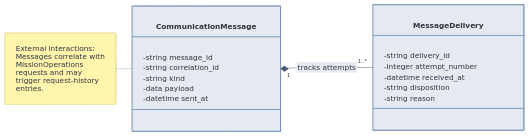
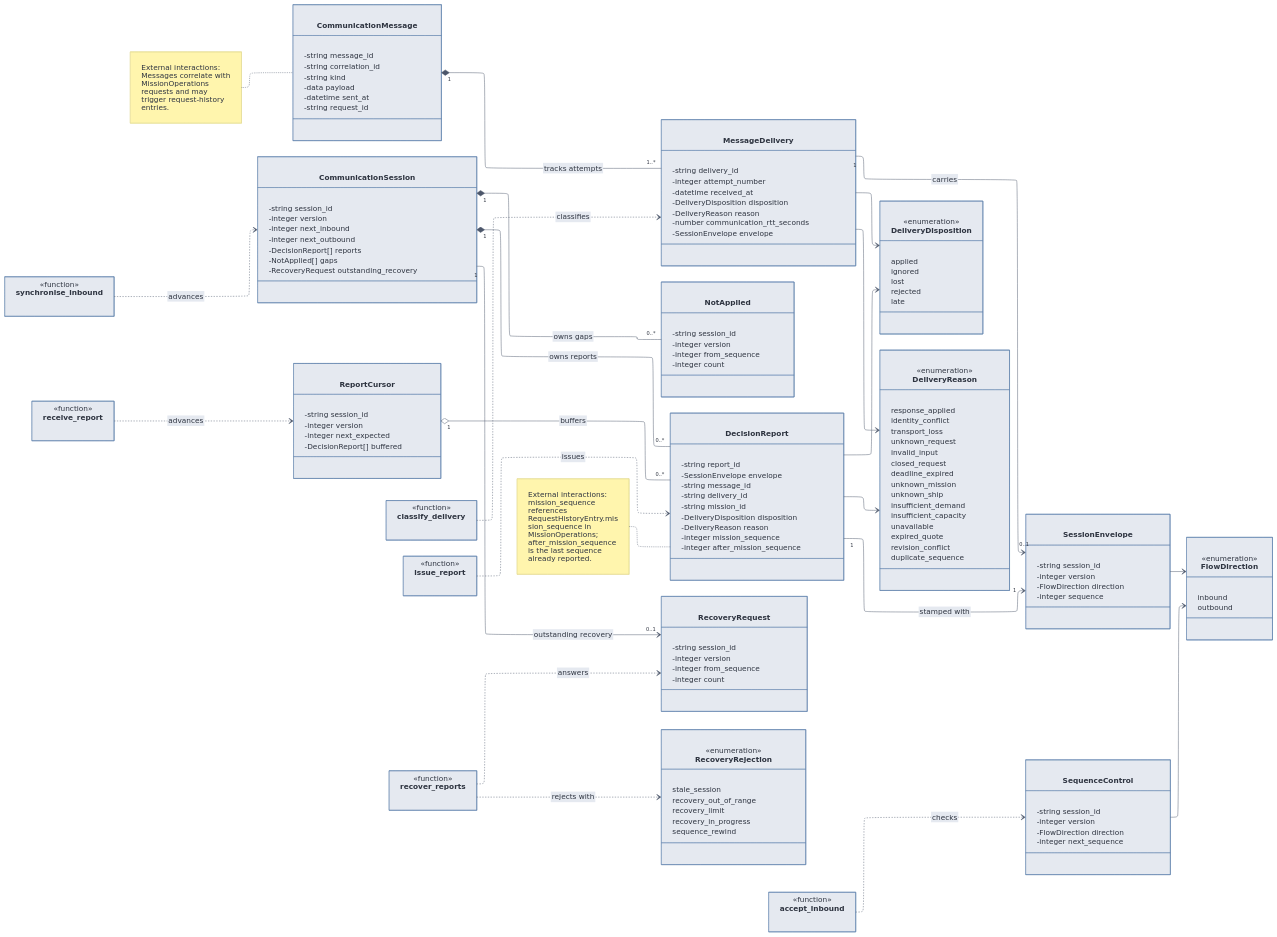
The diagram in docs/architecture/diagrams/rescue-domain-model/namespaces/Communication/class-diagram.mmd (mariaxmxavier/space-rescue-system), drawn with Mermaid before and after one commit. The commit also changed 104 other files, not shown here.

```diff
--- a/docs/architecture/diagrams/rescue-domain-model/namespaces/Communication/class-diagram.mmd
+++ b/docs/architecture/diagrams/rescue-domain-model/namespaces/Communication/class-diagram.mmd
@@ -1,46 +1,176 @@
 ---
 config:
   layout: elk
   theme: base
   htmlLabels: false
   fontFamily: Arial
   themeVariables:
     primaryColor: '#e5e9f0'
     primaryTextColor: '#2e3440'
     primaryBorderColor: '#5e81ac'
     lineColor: '#4c566a'
     tertiaryColor: '#eceff4'
     fontFamily: 'Arial, sans-serif'
   elk:
     mergeEdges: false
     nodePlacementStrategy: LINEAR_SEGMENTS
   class:
     nodeSpacing: 90
     rankSpacing: 100
     padding: 24
     diagramPadding: 40
     hideEmptyMembersBox: true
   er:
     nodeSpacing: 90
     rankSpacing: 100
     diagramPadding: 30
 ---
 classDiagram
     direction LR
     %% Authoritative scoped view of Communication; see the diagram index for boundary relationships.
     class CommunicationMessage {
         -string message_id
         -string correlation_id
         -string kind
         -data payload
         -datetime sent_at
+        -string request_id
     }
     class MessageDelivery {
         -string delivery_id
         -integer attempt_number
         -datetime received_at
-        -string disposition
-        -string reason
+        -DeliveryDisposition disposition
+        -DeliveryReason reason
+        -number communication_rtt_seconds
+        -SessionEnvelope envelope
+    }
+    class SessionEnvelope {
+        -string session_id
+        -integer version
+        -FlowDirection direction
+        -integer sequence
+    }
+    class CommunicationSession {
+        -string session_id
+        -integer version
+        -integer next_inbound
+        -integer next_outbound
+        -DecisionReport[] reports
+        -NotApplied[] gaps
+        -RecoveryRequest outstanding_recovery
+    }
+    class NotApplied {
+        -string session_id
+        -integer version
+        -integer from_sequence
+        -integer count
+    }
+    class DecisionReport {
+        -string report_id
+        -SessionEnvelope envelope
+        -string message_id
+        -string delivery_id
+        -string mission_id
+        -DeliveryDisposition disposition
+        -DeliveryReason reason
+        -integer mission_sequence
+        -integer after_mission_sequence
+    }
+    class RecoveryRequest {
+        -string session_id
+        -integer version
+        -integer from_sequence
+        -integer count
+    }
+    class SequenceControl {
+        -string session_id
+        -integer version
+        -FlowDirection direction
+        -integer next_sequence
+    }
+    class ReportCursor {
+        -string session_id
+        -integer version
+        -integer next_expected
+        -DecisionReport[] buffered
+    }
+    class DeliveryDisposition {
+        <<enumeration>>
+        applied
+        ignored
+        lost
+        rejected
+        late
+    }
+    class DeliveryReason {
+        <<enumeration>>
+        response_applied
+        identity_conflict
+        transport_loss
+        unknown_request
+        invalid_input
+        closed_request
+        deadline_expired
+        unknown_mission
+        unknown_ship
+        insufficient_demand
+        insufficient_capacity
+        unavailable
+        expired_quote
+        revision_conflict
+        duplicate_sequence
+    }
+    class FlowDirection {
+        <<enumeration>>
+        inbound
+        outbound
+    }
+    class RecoveryRejection {
+        <<enumeration>>
+        stale_session
+        recovery_out_of_range
+        recovery_limit
+        recovery_in_progress
+        sequence_rewind
+    }
+    class classify_delivery {
+        <<function>>
+    }
+    class accept_inbound {
+        <<function>>
+    }
+    class issue_report {
+        <<function>>
+    }
+    class recover_reports {
+        <<function>>
+    }
+    class synchronise_inbound {
+        <<function>>
+    }
+    class receive_report {
+        <<function>>
     }
     CommunicationMessage "1" *-- "1..*" MessageDelivery : tracks attempts
+    MessageDelivery "1" --> "0..1" SessionEnvelope : carries
+    CommunicationSession "1" *-- "0..*" DecisionReport : owns reports
+    CommunicationSession "1" *-- "0..*" NotApplied : owns gaps
+    CommunicationSession "1" --> "0..1" RecoveryRequest : outstanding recovery
+    ReportCursor "1" o-- "0..*" DecisionReport : buffers
+    DecisionReport "1" --> "1" SessionEnvelope : stamped with
+    SessionEnvelope --> FlowDirection
+    SequenceControl --> FlowDirection
+    MessageDelivery --> DeliveryDisposition
+    MessageDelivery --> DeliveryReason
+    DecisionReport --> DeliveryDisposition
+    DecisionReport --> DeliveryReason
+    classify_delivery ..> MessageDelivery : classifies
+    accept_inbound ..> SequenceControl : checks
+    issue_report ..> DecisionReport : issues
+    recover_reports ..> RecoveryRequest : answers
+    recover_reports ..> RecoveryRejection : rejects with
+    synchronise_inbound ..> CommunicationSession : advances
+    receive_report ..> ReportCursor : advances
     note for CommunicationMessage "External interactions: Messages correlate with MissionOperations requests and may trigger request-history entries."
+    note for DecisionReport "External interactions: mission_sequence references RequestHistoryEntry.mission_sequence in MissionOperations; after_mission_sequence is the last sequence already reported."
```
